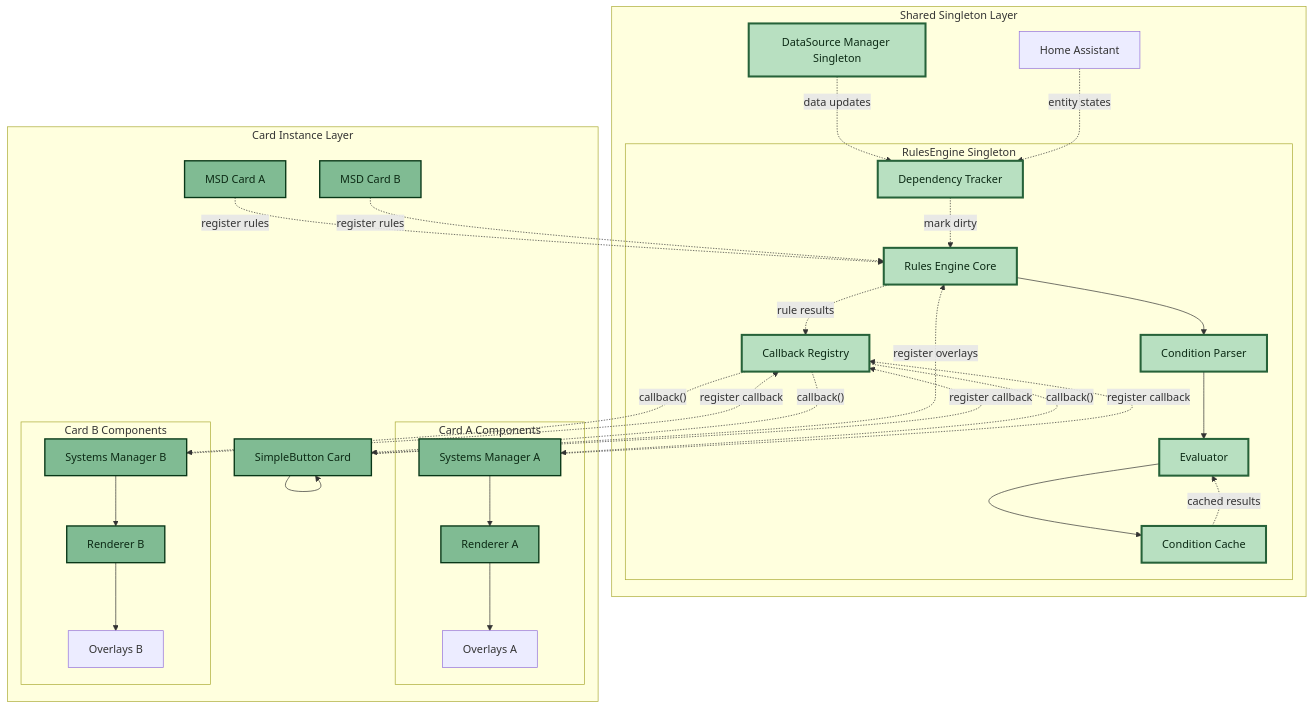
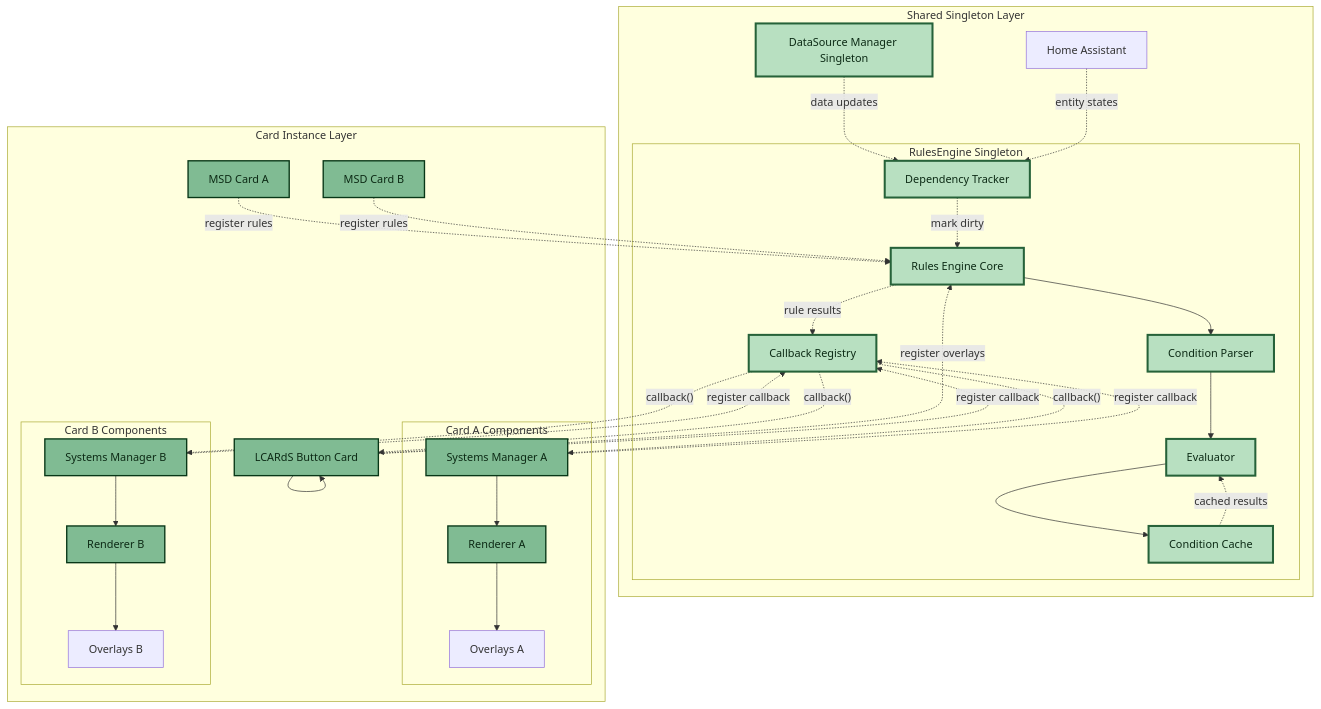
Before and after one commit to snootched/lcards: the first of 2 diagrams in doc/architecture/subsystems/rules-engine.md, drawn with Mermaid. The commit also changed 22 other files, not shown here.

````diff
--- a/doc/architecture/subsystems/rules-engine.md
+++ b/doc/architecture/subsystems/rules-engine.md
@@ -58,72 +58,72 @@
 ```mermaid
 graph TB
     subgraph "Shared Singleton Layer"
         DSM[DataSource Manager Singleton]
         HASS[Home Assistant]
 
         subgraph "RulesEngine Singleton"
             RE[Rules Engine Core]
             CP[Condition Parser]
             EV[Evaluator]
             DT[Dependency Tracker]
             Cache[Condition Cache]
             Callbacks[Callback Registry]
         end
     end
 
     subgraph "Card Instance Layer"
         CardA[MSD Card A]
         CardB[MSD Card B]
-        CardC[SimpleButton Card]
+        CardC[LCARdS Button Card]
 
         subgraph "Card A Components"
             SMA[Systems Manager A]
             ARA[Renderer A]
             OvA[Overlays A]
         end
 
         subgraph "Card B Components"
             SMB[Systems Manager B]
             ARB[Renderer B]
             OvB[Overlays B]
         end
     end
 
     %% Rule registration from cards
     CardA -.register rules.-> RE
     CardB -.register rules.-> RE
     CardC -.register overlays.-> RE
 
     %% Callback registration
     SMA -.register callback.-> Callbacks
     SMB -.register callback.-> Callbacks
     CardC -.register callback.-> Callbacks
 
     %% Data flow into RulesEngine
     DSM -.data updates.-> DT
     HASS -.entity states.-> DT
     DT -.mark dirty.-> RE
 
     %% Internal RulesEngine flow
     RE --> CP
     CP --> EV
     EV --> Cache
     Cache -.cached results.-> EV
 
     %% Results distribution to ALL cards
     RE -.rule results.-> Callbacks
     Callbacks -.callback().-> SMA
     Callbacks -.callback().-> SMB
     Callbacks -.callback().-> CardC
 
     %% Card-specific rendering
     SMA --> ARA --> OvA
     SMB --> ARB --> OvB
     CardC --> CardC
 
     classDef singleton fill:#b8e0c1,stroke:#266239,stroke-width:3px,color:#0c2a15
     classDef card fill:#80bb93,stroke:#083717,stroke-width:2px,color:#0c2a15
 
     class DSM,RE,CP,EV,DT,Cache,Callbacks singleton
     class CardA,CardB,CardC,SMA,SMB,ARA,ARB card
 ```
````
